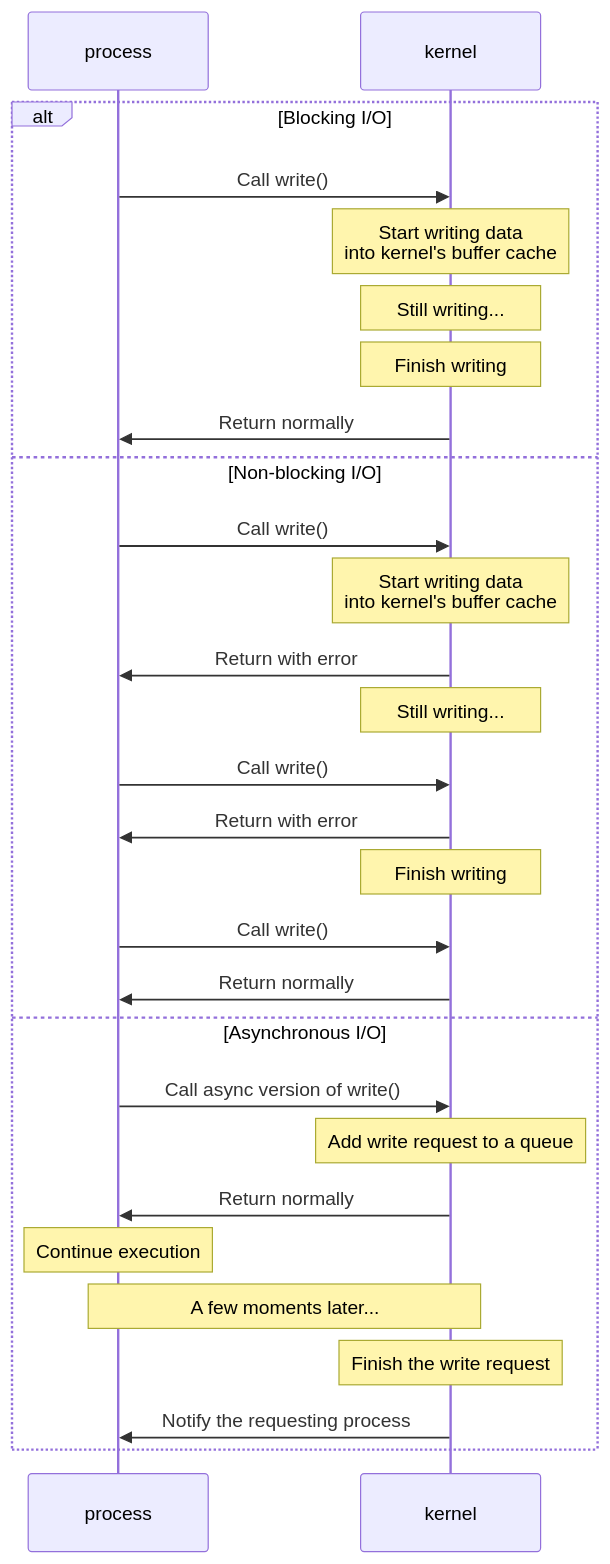
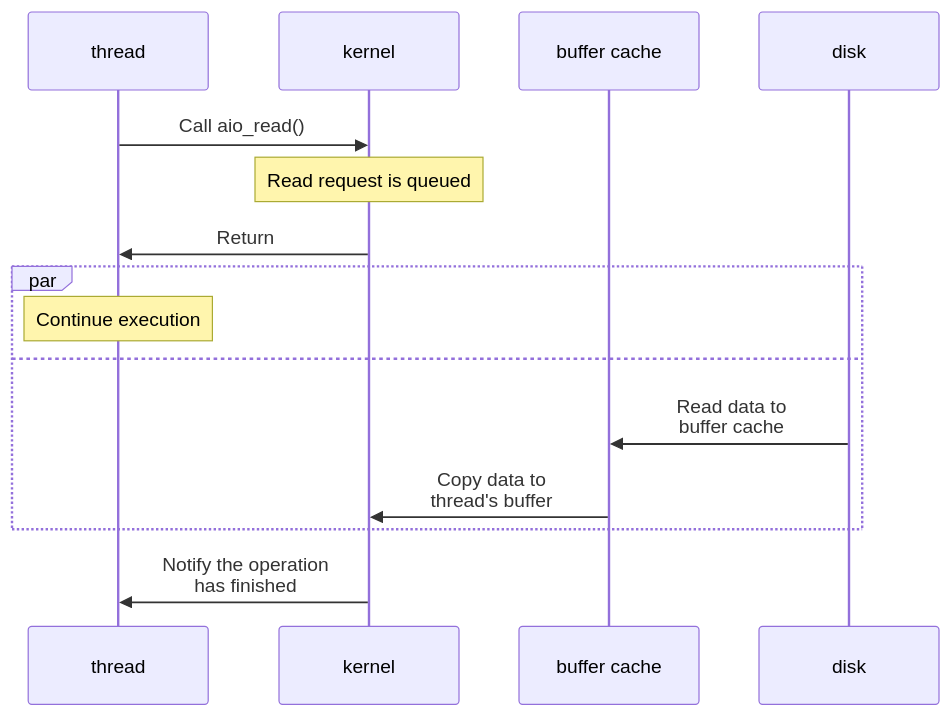
One commit to GWFrank/CN-2022 changed the fifth of 6 diagrams in hw2/report/report.md. Above: the diagram before and after it, drawn with Mermaid. The commit also changed other lines of this file and 2 other files, not shown here.

````diff
--- a/hw2/report/report.md
+++ b/hw2/report/report.md
@@ -125,30 +130,17 @@
 ```mermaid
 sequenceDiagram
-    participant p as process
+    participant t as thread
     participant k as kernel
-    alt Blocking I/O
-        p ->> k: Call write()
-        note over k: Start writing data <br/> into kernel's buffer cache
-        note over k: Still writing...
-        note over k: Finish writing
-        k ->> p: Return normally
-    else Non-blocking I/O
-        p ->> k: Call write()
-        note over k: Start writing data <br/> into kernel's buffer cache
-        k ->> p: Return with error
-        note over k: Still writing...
-        p ->> k: Call write()
-        k ->> p: Return with error
-        note over k: Finish writing
-        p ->> k: Call write()
-        k ->> p: Return normally
-    else Asynchronous I/O
-        p ->> k: Call async version of write()
-        note over k: Add write request to a queue
-        k ->> p: Return normally
-        note over p: Continue execution
-        note over p,k: A few moments later...
-        note over k: Finish the write request
-        k ->> p: Notify the requesting process
+    participant b as buffer cache
+    participant d as disk
+    t ->> k: Call aio_read()
+    note over k: Read request is queued
+    k ->> t: Return
+    par
+        note over t: Continue execution
+    and
+        d ->> b: Read data to<br/>buffer cache
+        b ->> k: Copy data to<br/>thread's buffer
     end
+    k ->> t: Notify the operation<br/>has finished
 ```
````
